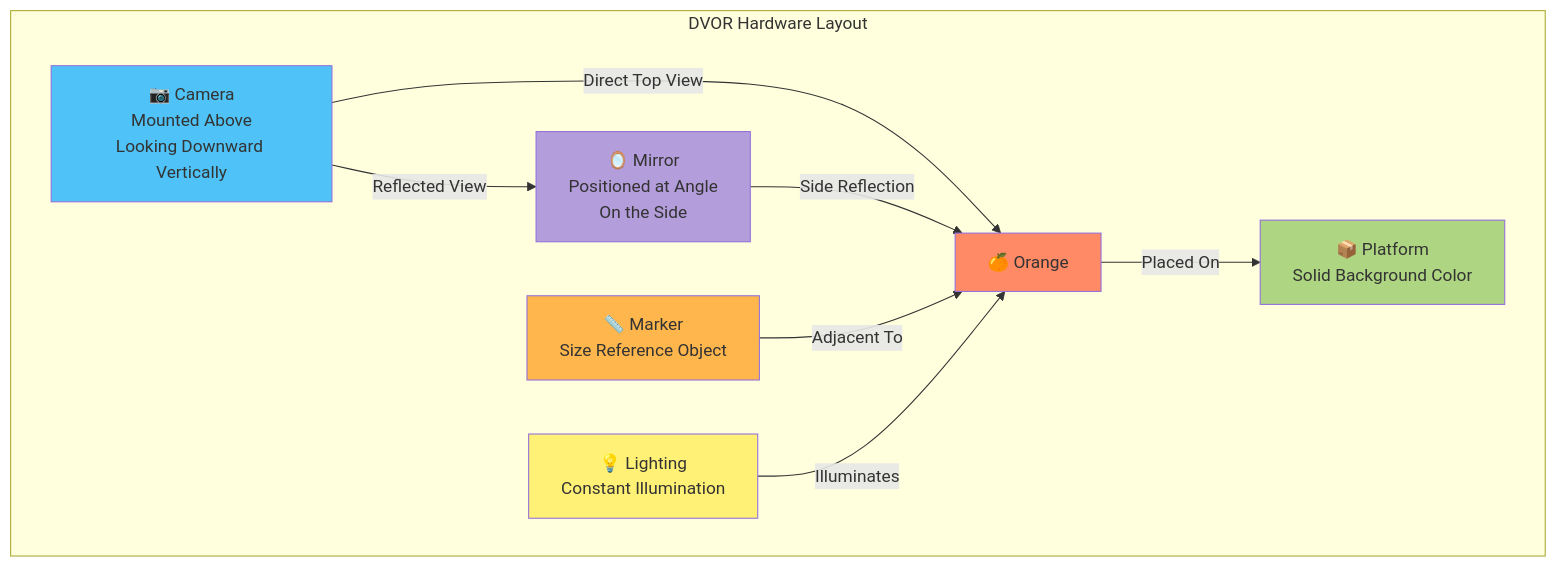
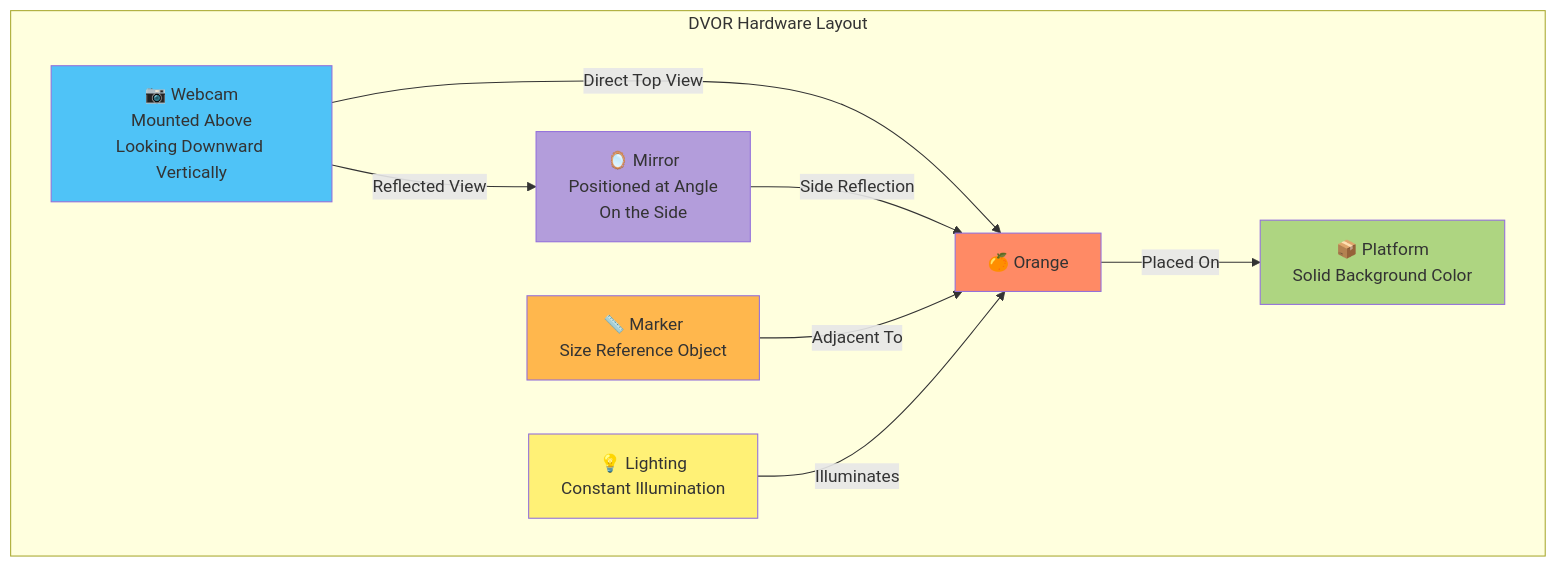
The diagram in DVOR_PhysicalSetup.md (MyFirstKiss/test-project), drawn with Mermaid before and after one commit. The commit also changed other lines of this file and 3 other files, not shown here.

Commit message:
Change Camera to Webcam throughout all diagrams

````diff
--- a/DVOR_PhysicalSetup.md
+++ b/DVOR_PhysicalSetup.md
@@ -3,25 +3,25 @@
 ```mermaid
 graph TB
     subgraph "DVOR Hardware Layout"
-        Camera[📷 Camera<br/>Mounted Above<br/>Looking Downward Vertically]
+        Webcam[📷 Webcam<br/>Mounted Above<br/>Looking Downward Vertically]
         Mirror[🪞 Mirror<br/>Positioned at Angle<br/>On the Side]
         Platform[📦 Platform<br/>Solid Background Color]
         Marker[📏 Marker<br/>Size Reference Object]
         Light[💡 Lighting<br/>Constant Illumination]
         Orange[🍊 Orange]
         
-        Camera -->|Direct Top View| Orange
-        Camera -->|Reflected View| Mirror
+        Webcam -->|Direct Top View| Orange
+        Webcam -->|Reflected View| Mirror
         Mirror -->|Side Reflection| Orange
         Orange -->|Placed On| Platform
         Marker -->|Adjacent To| Orange
         Light -->|Illuminates| Orange
     end
     
-    style Camera fill:#4fc3f7
+    style Webcam fill:#4fc3f7
     style Mirror fill:#b39ddb
     style Platform fill:#aed581
     style Marker fill:#ffb74d
     style Orange fill:#ff8a65
     style Light fill:#fff176
 ```
````
